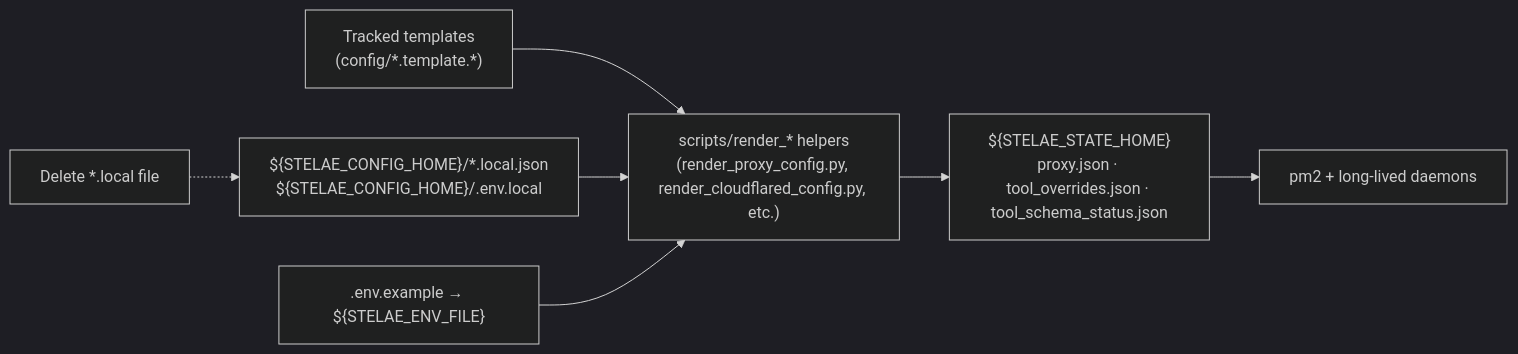
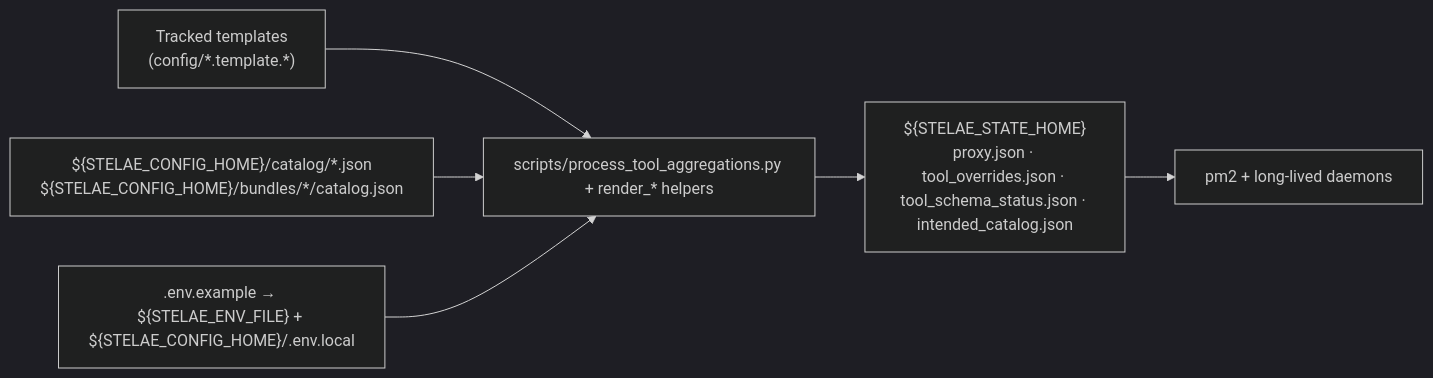
Before and after one commit to Dub1n/stelae: the first of 7 diagrams in docs/ARCHITECTURE.md, drawn with Mermaid (dark theme). The commit also changed other lines of this file and 8 other files, not shown here.

Commit message:
chore: catalog config-home migration 3

````diff
--- a/docs/ARCHITECTURE.md
+++ b/docs/ARCHITECTURE.md
@@ -19,16 +17,15 @@
 ```mermaid
 flowchart LR
     Templates["Tracked templates<br/>(config/*.template.*)"]
-    LocalOverlays["${STELAE_CONFIG_HOME}/*.local.json<br/>${STELAE_CONFIG_HOME}/.env.local"]
-    EnvFiles[".env.example → ${STELAE_ENV_FILE}"]
-    Renderers["scripts/render_* helpers<br/>(render_proxy_config.py, render_cloudflared_config.py, etc.)"]
-    State["${STELAE_STATE_HOME}<br/>proxy.json · tool_overrides.json · tool_schema_status.json"]
+    Catalog["${STELAE_CONFIG_HOME}/catalog/*.json<br/>${STELAE_CONFIG_HOME}/bundles/*/catalog.json"]
+    EnvFiles[".env.example → ${STELAE_ENV_FILE} + ${STELAE_CONFIG_HOME}/.env.local"]
+    Renderers["scripts/process_tool_aggregations.py + render_* helpers"]
+    State["${STELAE_STATE_HOME}<br/>proxy.json · tool_overrides.json · tool_schema_status.json · intended_catalog.json"]
     PM2["pm2 + long-lived daemons"]
 
     Templates --> Renderers
-    LocalOverlays --> Renderers
+    Catalog --> Renderers
     EnvFiles --> Renderers
     Renderers --> State
     State --> PM2
-    LocalReset["Delete *.local file"] -.-> LocalOverlays
 ```
````
